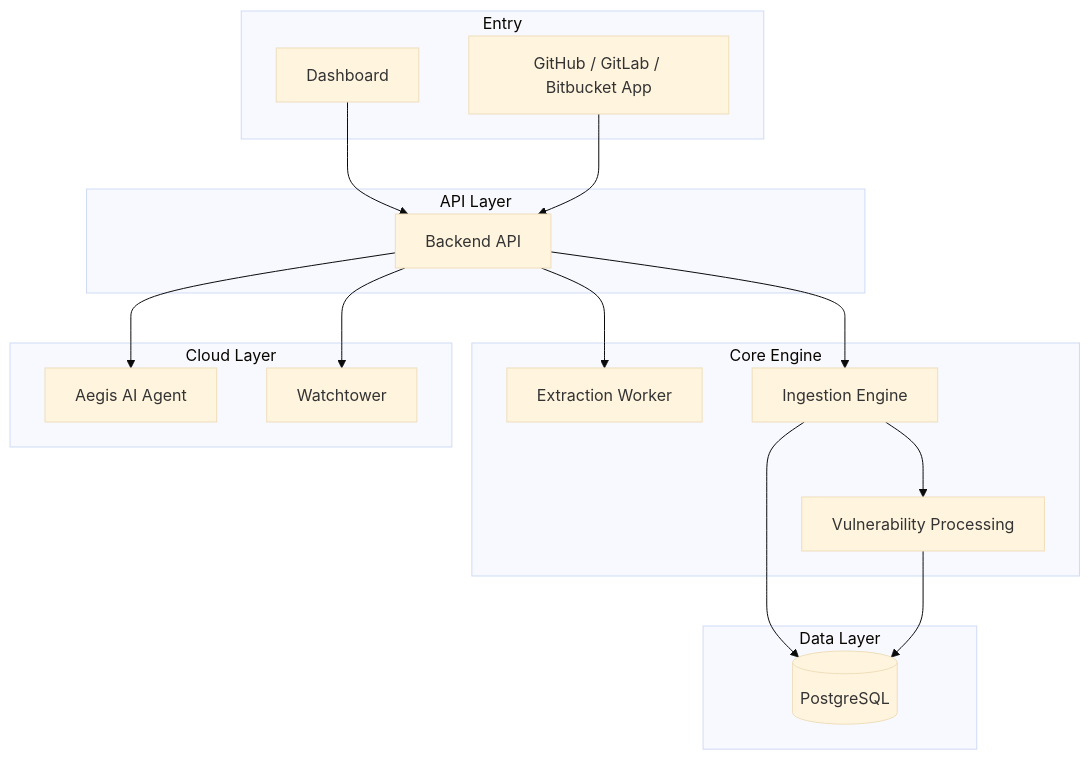
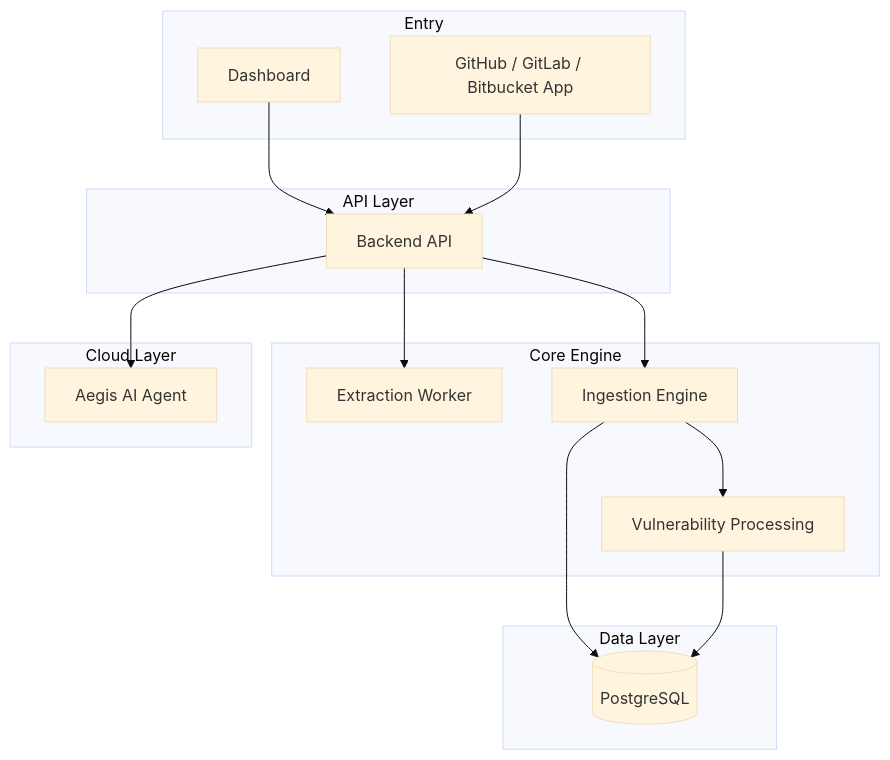
One commit to deptex/deptex changed the diagram in README.md. Above: the diagram before and after it, drawn with Mermaid (base theme). The commit also changed other lines of this file and 22 other files, not shown here.

````diff
--- a/README.md
+++ b/README.md
@@ -22,36 +22,34 @@
 ```mermaid
 flowchart TB
     subgraph Entry [Entry]
         Frontend[Dashboard]
         GitHubApp[GitHub / GitLab / Bitbucket App]
     end
 
     subgraph API [API Layer]
         Backend[Backend API]
     end
 
     subgraph Core [Core Engine]
         Extraction[Extraction Worker]
         Ingestion[Ingestion Engine]
         Vuln[Vulnerability Processing]
     end
 
     subgraph Data [Data Layer]
         Postgres[(PostgreSQL)]
     end
 
     subgraph EE [Cloud Layer]
         Aegis[Aegis AI Agent]
-        Watchtower[Watchtower]
     end
 
     Frontend --> Backend
     GitHubApp --> Backend
     Backend --> Extraction
     Backend --> Ingestion
     Ingestion --> Vuln
     Ingestion --> Postgres
     Vuln --> Postgres
     Backend --> Aegis
-    Backend --> Watchtower
 ```
````
